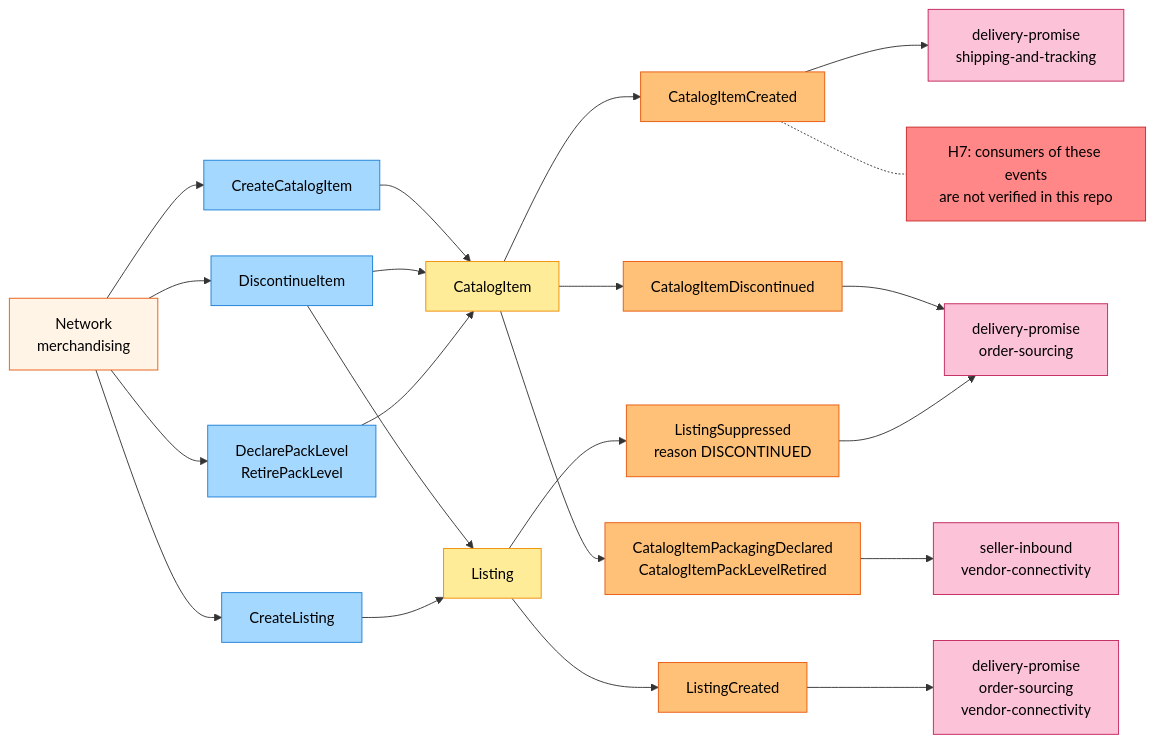
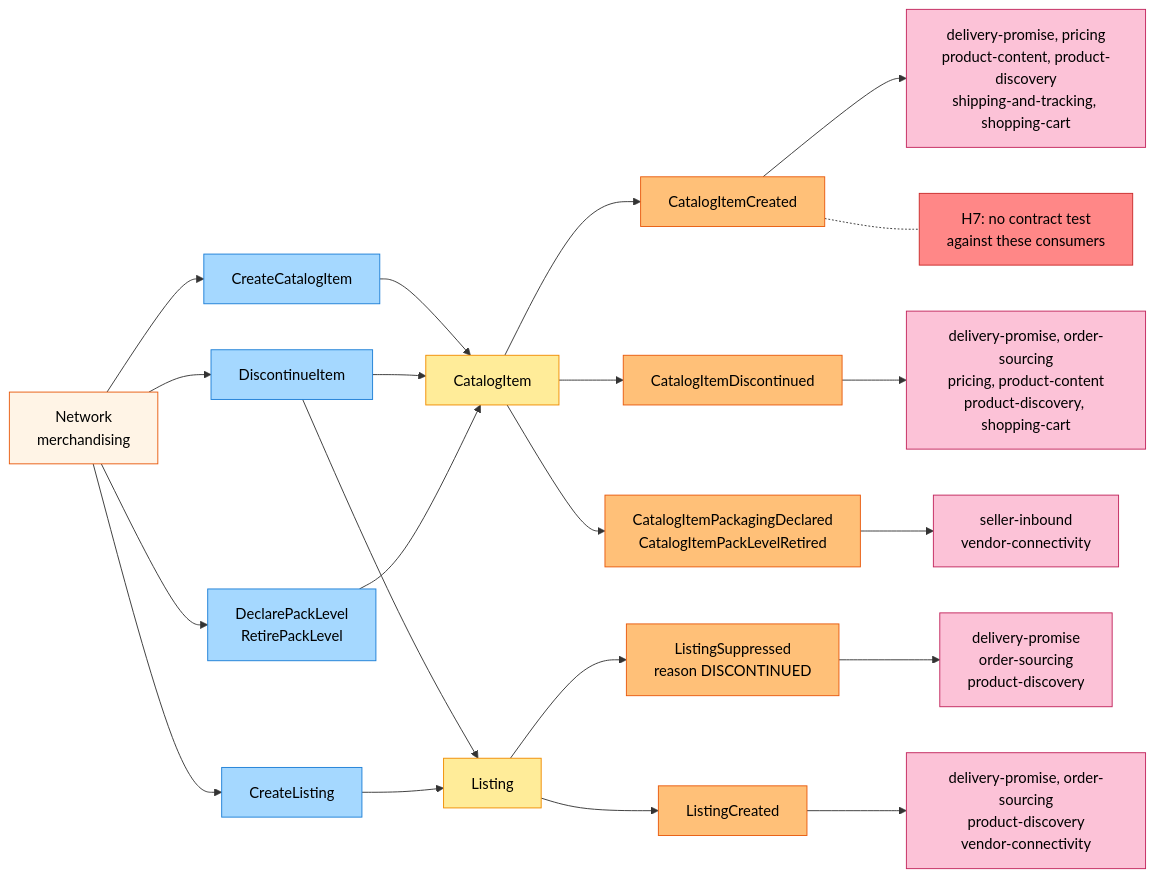
Before and after one commit to IQVO/offer-availability: the first of 3 diagrams in docs/docs/ddd/eventstorming.md, drawn with Mermaid. The commit also changed other lines of this file and 15 other files, not shown here.

````diff
--- a/docs/docs/ddd/eventstorming.md
+++ b/docs/docs/ddd/eventstorming.md
@@ -32,37 +32,38 @@
 ```mermaid
 flowchart LR
     MER["Network<br/>merchandising"]:::actor
     C1["CreateCatalogItem"]:::command
     C2["DiscontinueItem"]:::command
     C3["CreateListing"]:::command
     C4["DeclarePackLevel<br/>RetirePackLevel"]:::command
     A1["CatalogItem"]:::aggregate
     A2["Listing"]:::aggregate
     E1["CatalogItemCreated"]:::event
     E2["CatalogItemDiscontinued"]:::event
     E3["ListingCreated"]:::event
     E4["CatalogItemPackagingDeclared<br/>CatalogItemPackLevelRetired"]:::event
     E5["ListingSuppressed<br/>reason DISCONTINUED"]:::event
-    X1["delivery-promise<br/>shipping-and-tracking"]:::external
-    X2["delivery-promise<br/>order-sourcing"]:::external
-    X3["delivery-promise<br/>order-sourcing<br/>vendor-connectivity"]:::external
+    X1["delivery-promise, pricing<br/>product-content, product-discovery<br/>shipping-and-tracking, shopping-cart"]:::external
+    X2["delivery-promise, order-sourcing<br/>pricing, product-content<br/>product-discovery, shopping-cart"]:::external
+    X3["delivery-promise, order-sourcing<br/>product-discovery<br/>vendor-connectivity"]:::external
     X4["seller-inbound<br/>vendor-connectivity"]:::external
-    H7["H7: consumers of these events<br/>are not verified in this repo"]:::hotspot
+    X5["delivery-promise<br/>order-sourcing<br/>product-discovery"]:::external
+    H7["H7: no contract test<br/>against these consumers"]:::hotspot
 
     MER --> C1 --> A1 --> E1 --> X1
     MER --> C2 --> A1
     A1 --> E2 --> X2
-    C2 --> A2 --> E5 --> X2
+    C2 --> A2 --> E5 --> X5
     MER --> C4 --> A1 --> E4 --> X4
     MER --> C3 --> A2 --> E3 --> X3
     E1 -.- H7
 
     classDef command fill:#a5d8ff,stroke:#1c7ed6,color:#000
     classDef aggregate fill:#ffec99,stroke:#f08c00,color:#000
     classDef event fill:#ffc078,stroke:#e8590c,color:#000
     classDef policy fill:#d0bfff,stroke:#7048e8,color:#000
     classDef readmodel fill:#b2f2bb,stroke:#2f9e44,color:#000
     classDef external fill:#fcc2d7,stroke:#c2255c,color:#000
     classDef hotspot fill:#ff8787,stroke:#c92a2a,color:#000
     classDef actor fill:#fff4e6,stroke:#e8590c,color:#000
 ```
````
